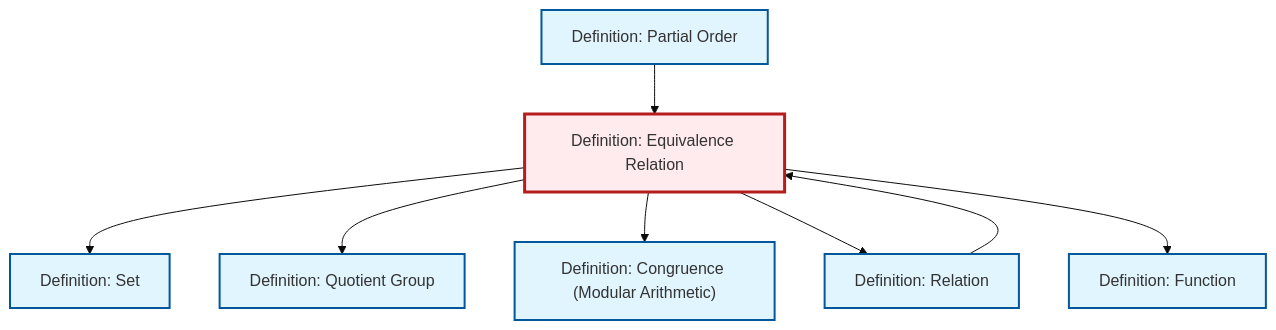
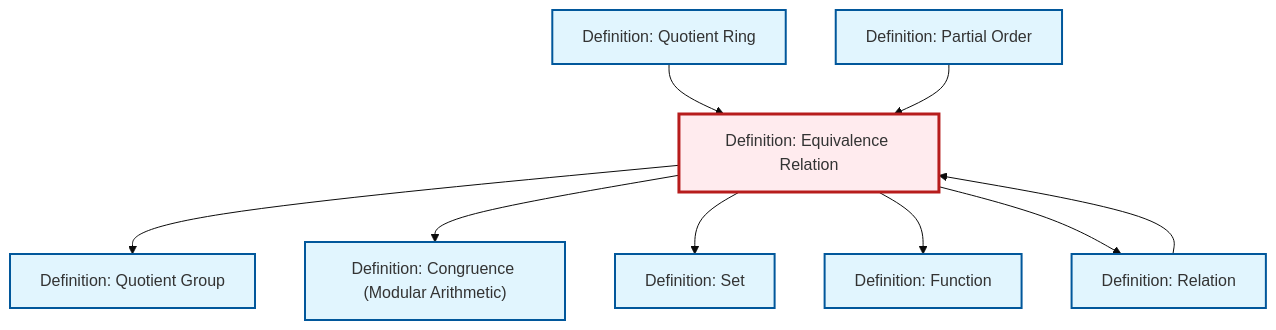
Before and after one commit to RK0429/ModernMath: the diagram in content/ja/logic-set-theory/def-equivalence-relation.qmd, drawn with Mermaid (base theme). The commit also changed 597 other files, not shown here.

````diff
--- a/content/ja/logic-set-theory/def-equivalence-relation.qmd
+++ b/content/ja/logic-set-theory/def-equivalence-relation.qmd
@@ -116,30 +116,33 @@
 ```{mermaid}
 %%| fig-cap: "Local dependency graph"
 graph TD
     classDef definition fill:#e1f5fe,stroke:#01579b,stroke-width:2px
     classDef theorem fill:#f3e5f5,stroke:#4a148c,stroke-width:2px
     classDef axiom fill:#fff3e0,stroke:#e65100,stroke-width:2px
     classDef example fill:#e8f5e9,stroke:#1b5e20,stroke-width:2px
     classDef current fill:#ffebee,stroke:#b71c1c,stroke-width:3px
+    def-partial-order["Definition: Partial Order"]:::definition
+    def-equivalence-relation["Definition: Equivalence Relation"]:::definition
+    def-congruence["Definition: Congruence (Modular Arithmetic)"]:::definition
     def-function["Definition: Function"]:::definition
-    def-equivalence-relation["Definition: Equivalence Relation"]:::definition
+    def-quotient-ring["Definition: Quotient Ring"]:::definition
+    def-set["Definition: Set"]:::definition
     def-quotient-group["Definition: Quotient Group"]:::definition
-    def-partial-order["Definition: Partial Order"]:::definition
-    def-congruence["Definition: Congruence (Modular Arithmetic)"]:::definition
     def-relation["Definition: Relation"]:::definition
-    def-set["Definition: Set"]:::definition
+    def-equivalence-relation --> def-quotient-group
+    def-quotient-ring --> def-equivalence-relation
+    def-equivalence-relation --> def-congruence
+    def-partial-order --> def-equivalence-relation
     def-equivalence-relation --> def-set
-    def-equivalence-relation --> def-quotient-group
-    def-equivalence-relation --> def-congruence
+    def-equivalence-relation --> def-function
     def-relation --> def-equivalence-relation
     def-equivalence-relation --> def-relation
-    def-partial-order --> def-equivalence-relation
-    def-equivalence-relation --> def-function
     class def-equivalence-relation current
-    click def-function "def-function.html" "Definition: Functionへ"
-    click def-quotient-group "def-quotient-group.html" "Definition: Quotient Groupへ"
     click def-partial-order "def-partial-order.html" "Definition: Partial Orderへ"
     click def-congruence "def-congruence.html" "Definition: Congruence (Modular Arithmetic)へ"
+    click def-function "def-function.html" "Definition: Functionへ"
+    click def-quotient-ring "def-quotient-ring.html" "Definition: Quotient Ringへ"
+    click def-set "def-set.html" "Definition: Setへ"
+    click def-quotient-group "def-quotient-group.html" "Definition: Quotient Groupへ"
     click def-relation "def-relation.html" "Definition: Relationへ"
-    click def-set "def-set.html" "Definition: Setへ"
 ```
````
